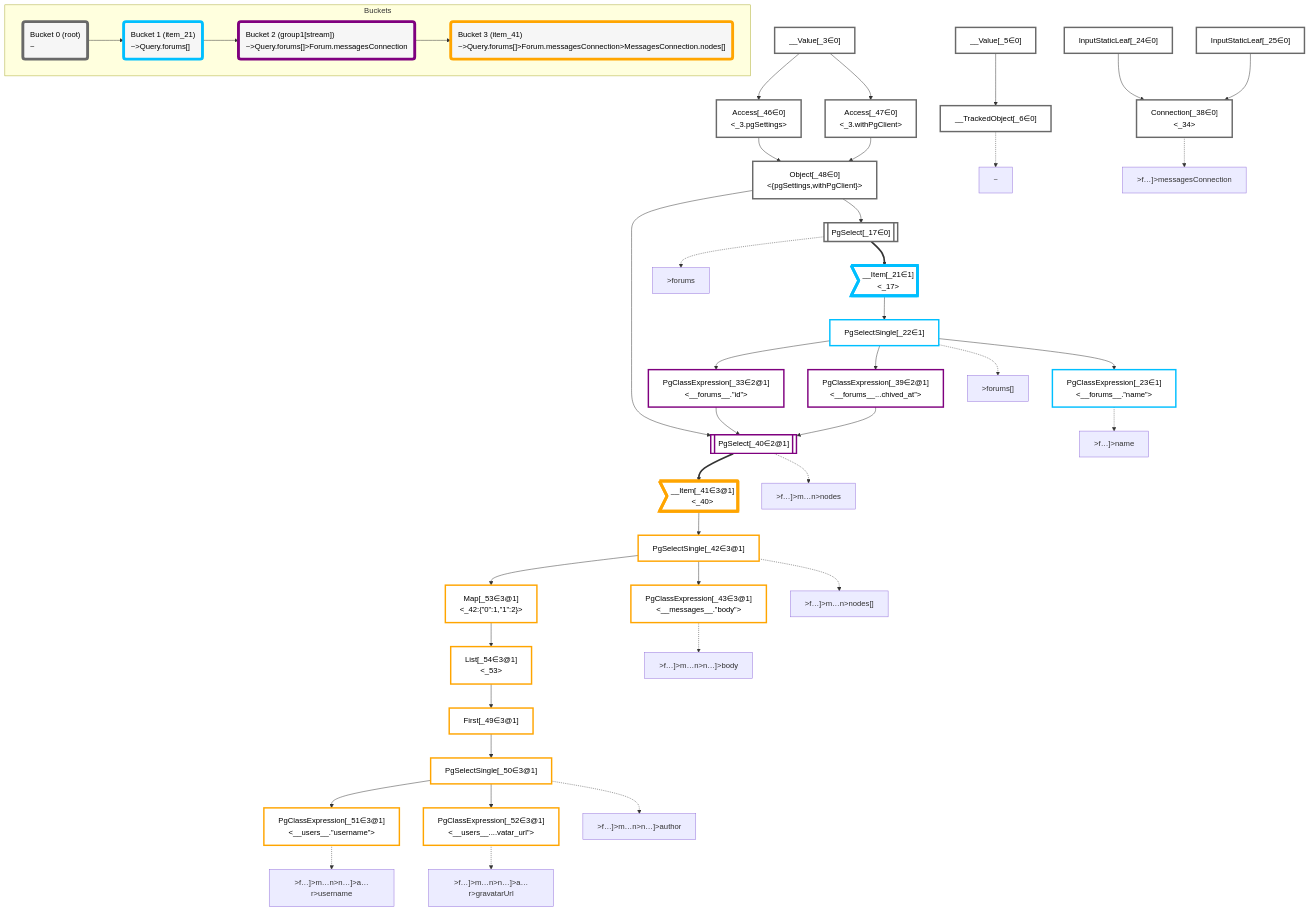
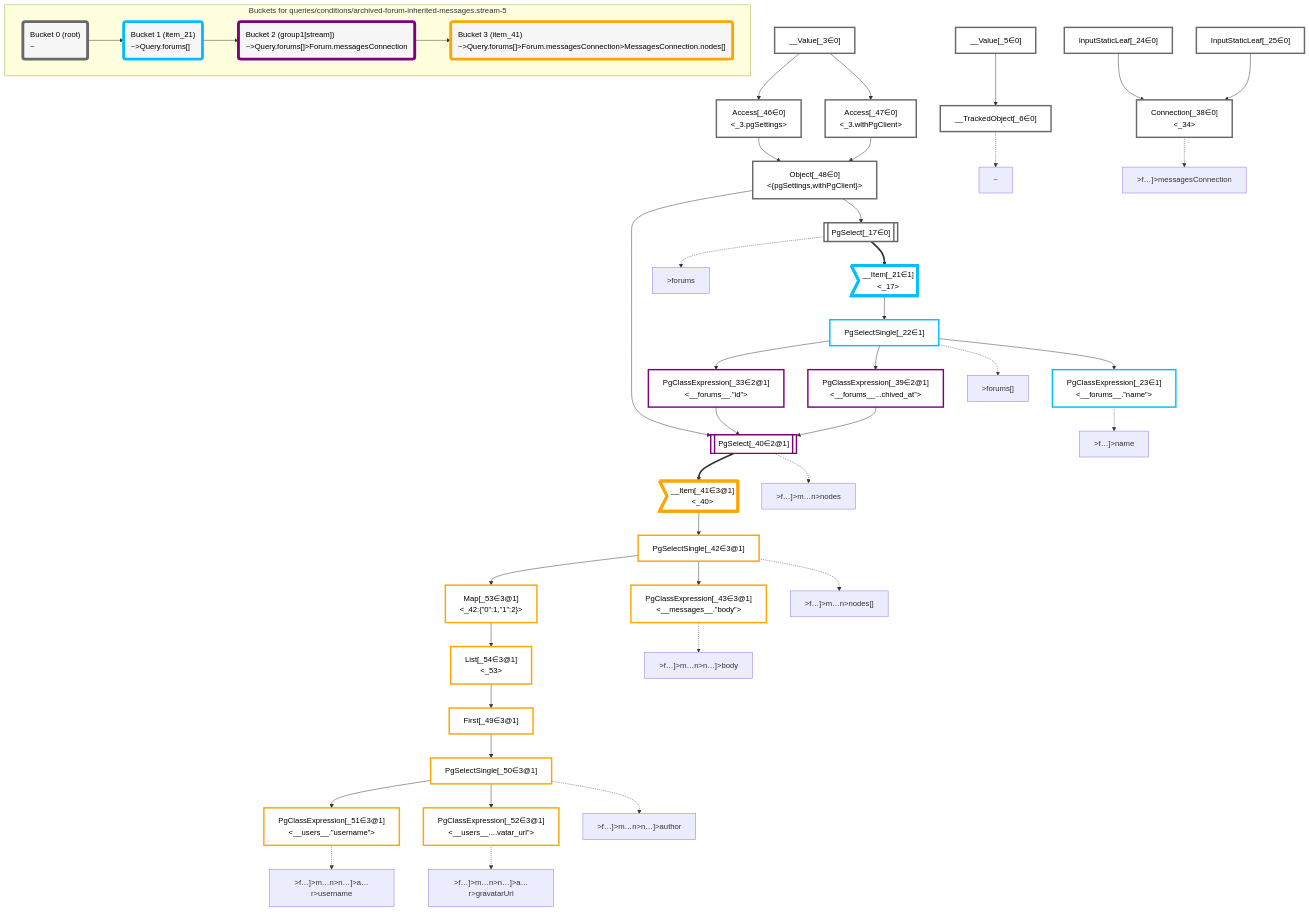
Before and after one commit to graphile/crystal: the diagram in packages/dataplan-pg/__tests__/queries/conditions/archived-forum-inherited-messages.stream-5.mermaid.md, drawn with Mermaid. The commit also changed 195 other files, not shown here.

```diff
--- a/packages/dataplan-pg/__tests__/queries/conditions/archived-forum-inherited-messages.stream-5.mermaid.md
+++ b/packages/dataplan-pg/__tests__/queries/conditions/archived-forum-inherited-messages.stream-5.mermaid.md
@@ -95,7 +95,7 @@
     classDef bucket3 stroke:#ffa500
     class __Item_41,PgSelectSingle_42,PgClassExpression_43,First_49,PgSelectSingle_50,PgClassExpression_51,PgClassExpression_52,Map_53,List_54 bucket3
 
-    subgraph Buckets
+    subgraph "Buckets for queries/conditions/archived-forum-inherited-messages.stream-5"
     Bucket0("Bucket 0 (root)<br />~"):::bucket
     style Bucket0 stroke:#696969
     Bucket1("Bucket 1 (item_21)<br />~>Query.forums[]"):::bucket
```
